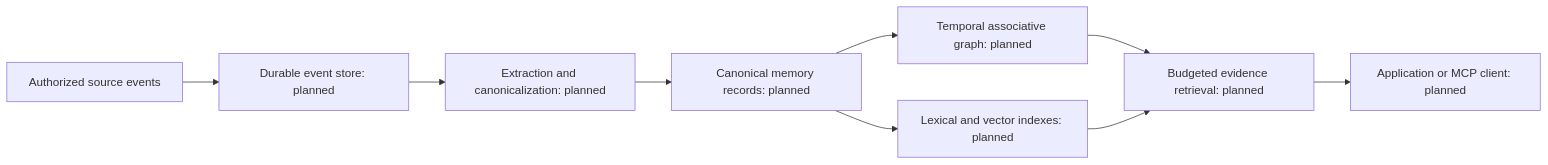
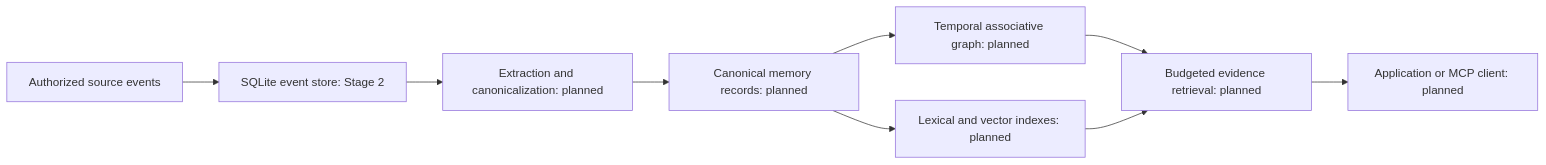
The diagram in docs/architecture.md (hamzah105/OOMP), drawn with Mermaid before and after one commit. The commit also changed other lines of this file and 20 other files, not shown here.

Commit message:
Implement OOMP Stage 2 persistent SQLite event storage

````diff
--- a/docs/architecture.md
+++ b/docs/architecture.md
@@ -7,11 +7,11 @@
 ```mermaid
 flowchart LR
-    A[Authorized source events] --> B[Durable event store: planned]
+    A[Authorized source events] --> B[SQLite event store: Stage 2]
     B --> C[Extraction and canonicalization: planned]
     C --> D[Canonical memory records: planned]
     D --> E[Temporal associative graph: planned]
     D --> F[Lexical and vector indexes: planned]
     E --> G[Budgeted evidence retrieval: planned]
     F --> G
     G --> H[Application or MCP client: planned]
 ```
````
